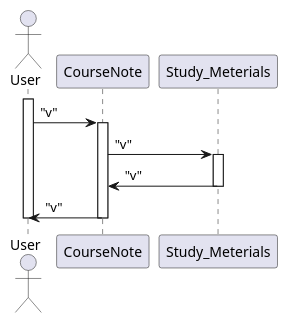
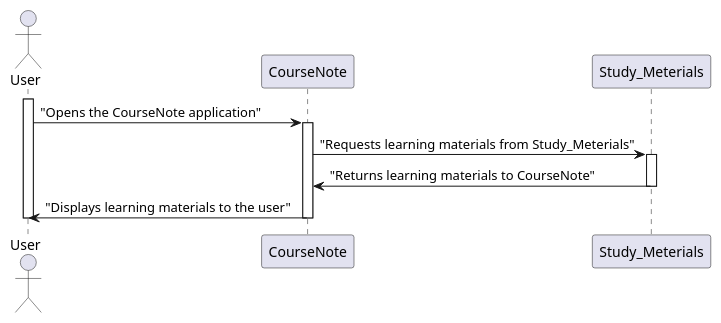
Before and after one commit to SergBirarov/academiq-final-project: the diagram in UML/ניהול חומרי למידה.puml, drawn with PlantUML. The commit also changed 8 other files, not shown here.

```diff
--- a/UML/ניהול חומרי למידה.puml
+++ b/UML/ניהול חומרי למידה.puml
@@ -1,16 +1,16 @@
-@startuml "ניהול חומרי למידה"
+@startuml "Learning Material Management"
 Actor User
 participant GUI as "CourseNote"
 participant Study_Meterials as "Study_Meterials"
 
 activate User
-User->GUI: "v"
+User->GUI: "Opens the CourseNote application"
 activate GUI
-GUI->Study_Meterials: "v"
+GUI->Study_Meterials: "Requests learning materials from Study_Meterials"
 activate Study_Meterials
-Study_Meterials->GUI: "v"
+Study_Meterials->GUI: "Returns learning materials to CourseNote"
 deactivate Study_Meterials
-GUI->User: "v" 
+GUI->User: "Displays learning materials to the user" 
 deactivate GUI
 deactivate User
 @enduml
```
